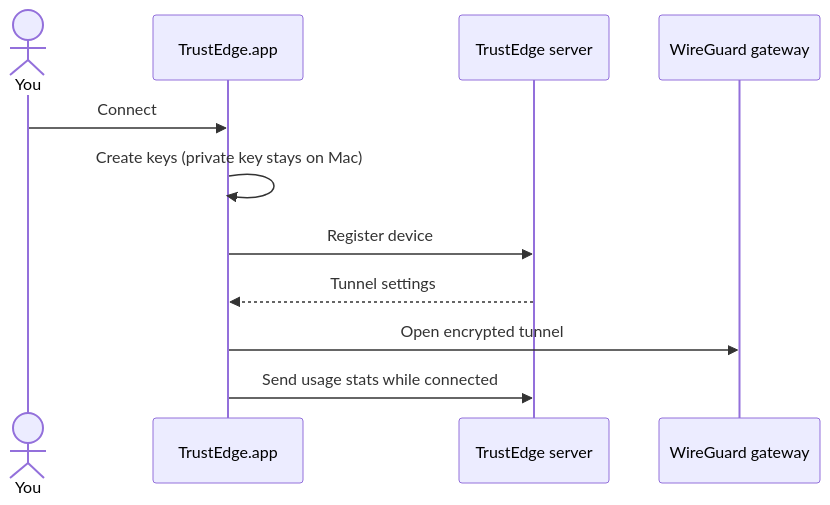
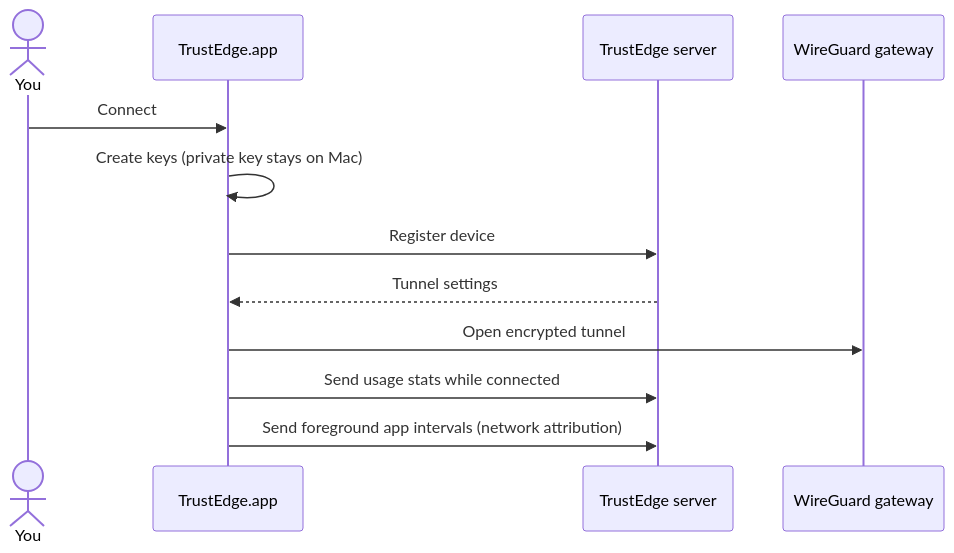
The diagram in README.md (TrustEdgeOrg/TrustEdgeClient), drawn with Mermaid before and after one commit. The commit also changed other lines of this file and 11 other files, not shown here.

First line of the commit message:
Report foreground app intervals for network attribution on macOS.

````diff
--- a/README.md
+++ b/README.md
@@ -106,14 +115,15 @@
 ```mermaid
 sequenceDiagram
     actor You
     participant App as TrustEdge.app
     participant API as TrustEdge server
     participant VPN as WireGuard gateway
 
     You->>App: Connect
     App->>App: Create keys (private key stays on Mac)
     App->>API: Register device
     API-->>App: Tunnel settings
     App->>VPN: Open encrypted tunnel
     App->>API: Send usage stats while connected
+    App->>API: Send foreground app intervals (network attribution)
 ```
````
